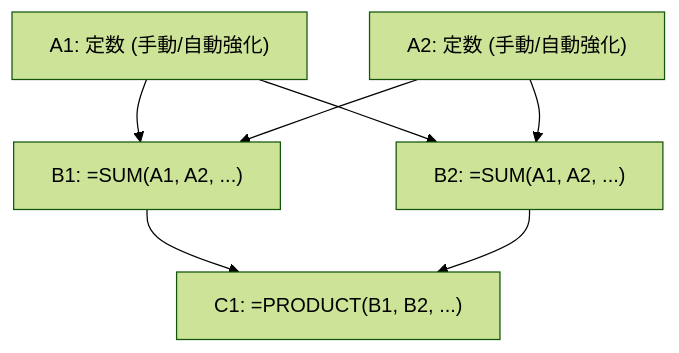
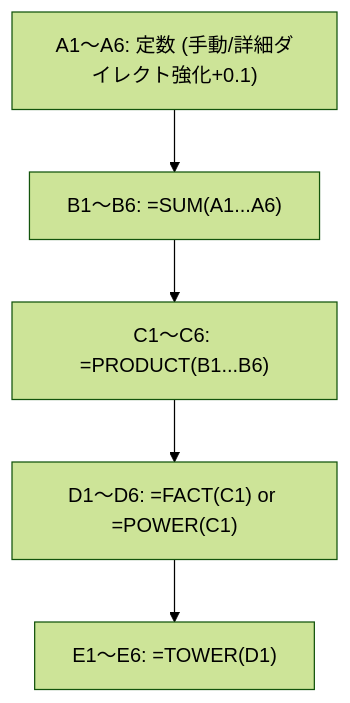
One commit to Avuorina/excel-destroyer changed the diagram in Spec.md. Above: the diagram before and after it, drawn with Mermaid (forest theme). The commit also changed other lines of this file and 2 other files, not shown here.

````diff
--- a/Spec.md
+++ b/Spec.md
@@ -64,9 +50,7 @@
 ```mermaid
 graph TD
-    A1["A1: 定数 (手動/自動強化)"] --> B1["B1: =SUM(A1, A2, ...)"]
-    A2["A2: 定数 (手動/自動強化)"] --> B1
-    A1 --> B2["B2: =SUM(A1, A2, ...)"]
-    A2 --> B2
-    B1 --> C1["C1: =PRODUCT(B1, B2, ...)"]
-    B2 --> C1
+    A1["A1〜A6: 定数 (手動/詳細ダイレクト強化+0.1)"] --> B1["B1〜B6: =SUM(A1...A6)"]
+    B1 --> C1["C1〜C6: =PRODUCT(B1...B6)"]
+    C1 --> D1["D1〜D6: =FACT(C1) or =POWER(C1)"]
+    D1 --> E1["E1〜E6: =TOWER(D1)"]
 ```
````
